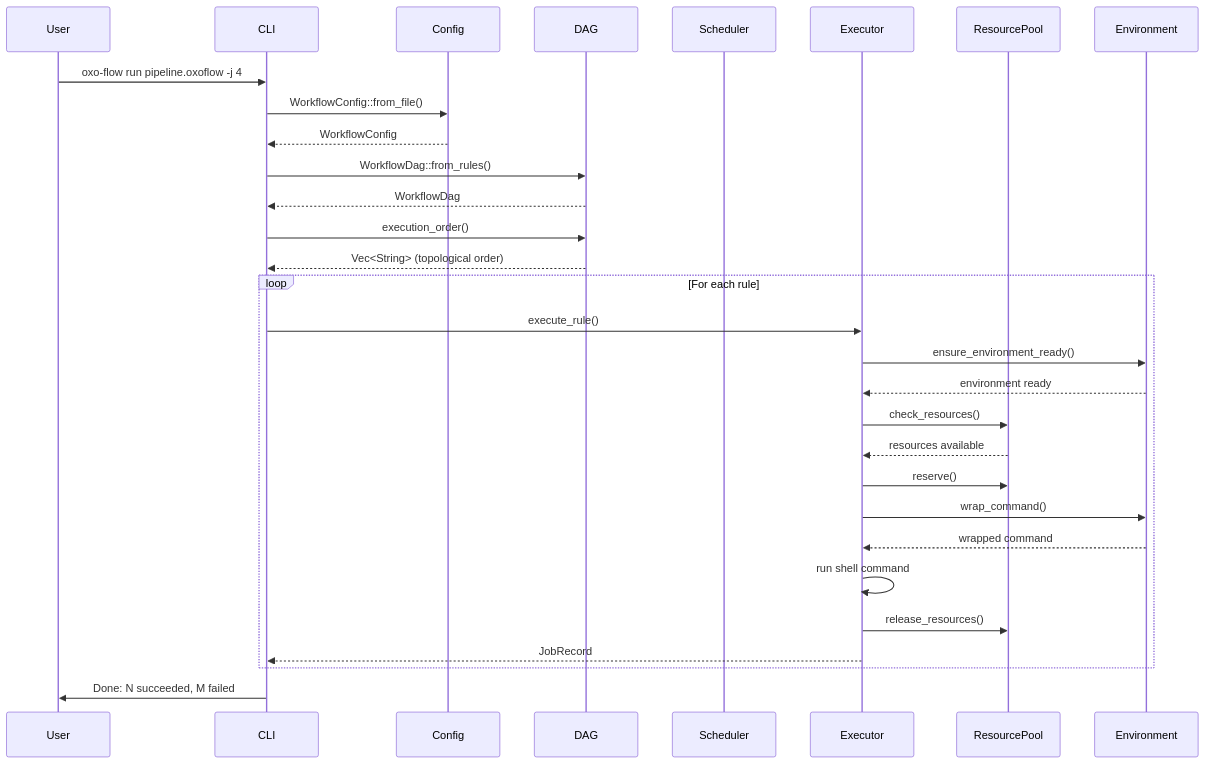
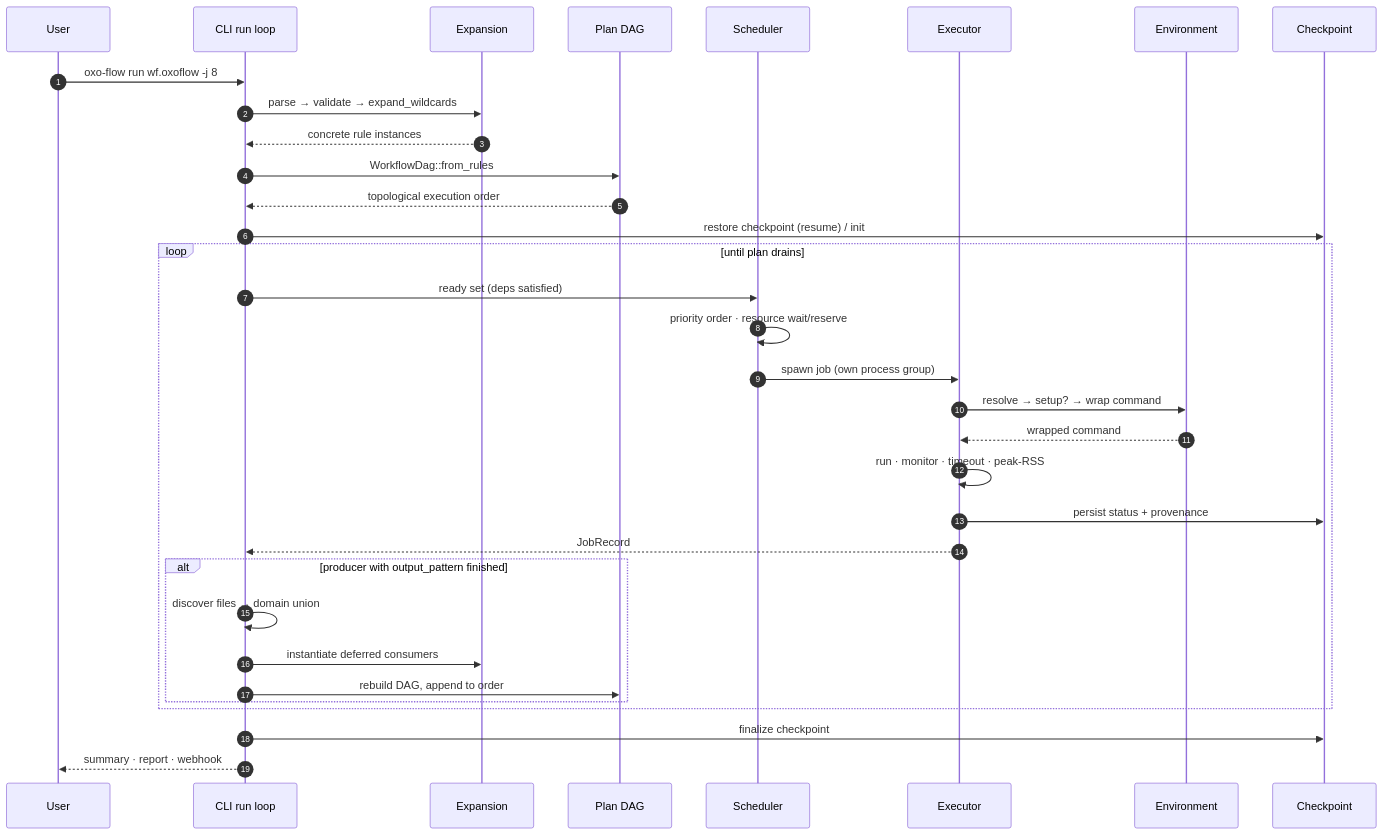
The sixth of 11 diagrams in docs/guide/src/reference/architecture.md (Traitome/oxo-flow), drawn with Mermaid before and after one commit. The commit also changed other lines of this file, not shown here.

First line of the commit message:
docs: rebuild the system architecture reference (#303)

````diff
--- a/docs/guide/src/reference/architecture.md
+++ b/docs/guide/src/reference/architecture.md
@@ -67,33 +316,39 @@
 ```mermaid
 sequenceDiagram
-    participant User
-    participant CLI
-    participant Config
-    participant DAG
-    participant Scheduler
-    participant Executor
-    participant ResourcePool
-    participant Environment
+    autonumber
+    participant U as User
+    participant C as CLI run loop
+    participant E as Expansion
+    participant D as Plan DAG
+    participant S as Scheduler
+    participant X as Executor
+    participant V as Environment
+    participant K as Checkpoint
 
-    User->>CLI: oxo-flow run pipeline.oxoflow -j 4
-    CLI->>Config: WorkflowConfig::from_file()
-    Config-->>CLI: WorkflowConfig
-    CLI->>DAG: WorkflowDag::from_rules()
-    DAG-->>CLI: WorkflowDag
-    CLI->>DAG: execution_order()
-    DAG-->>CLI: Vec<String> (topological order)
-    loop For each rule
-        CLI->>Executor: execute_rule()
-        Executor->>Environment: ensure_environment_ready()
-        Environment-->>Executor: environment ready
-        Executor->>ResourcePool: check_resources()
-        ResourcePool-->>Executor: resources available
-        Executor->>ResourcePool: reserve()
-        Executor->>Environment: wrap_command()
-        Environment-->>Executor: wrapped command
-        Executor->>Executor: run shell command
-        Executor->>ResourcePool: release_resources()
-        Executor-->>CLI: JobRecord
+    U->>C: oxo-flow run wf.oxoflow -j 8
+    C->>E: parse → validate → expand_wildcards
+    E-->>C: concrete rule instances
+    C->>D: WorkflowDag::from_rules
+    D-->>C: topological execution order
+    C->>K: restore checkpoint (resume) / init
+
+    loop until plan drains
+        C->>S: ready set (deps satisfied)
+        S->>S: priority order · resource wait/reserve
+        S->>X: spawn job (own process group)
+        X->>V: resolve → setup? → wrap command
+        V-->>X: wrapped command
+        X->>X: run · monitor · timeout · peak-RSS
+        X->>K: persist status + provenance
+        X-->>C: JobRecord
+
+        alt producer with output_pattern finished
+            C->>C: discover files → domain union
+            C->>E: instantiate deferred consumers
+            C->>D: rebuild DAG, append to order
+        end
     end
-    CLI->>User: Done: N succeeded, M failed
+
+    C->>K: finalize checkpoint
+    C-->>U: summary · report · webhook
 ```
````
